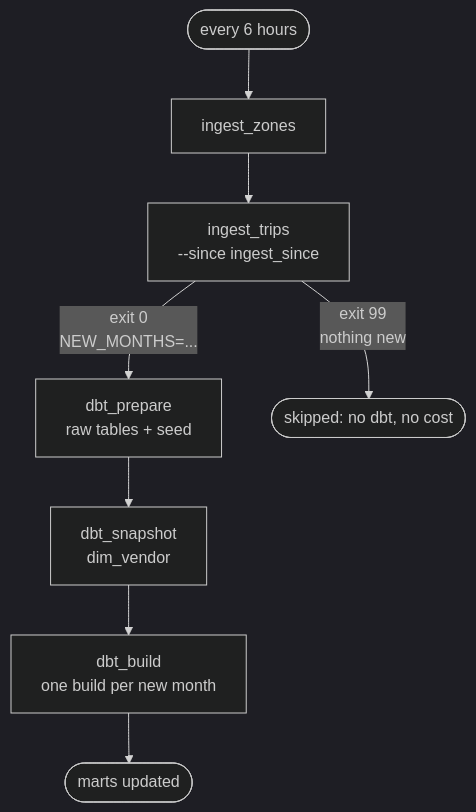
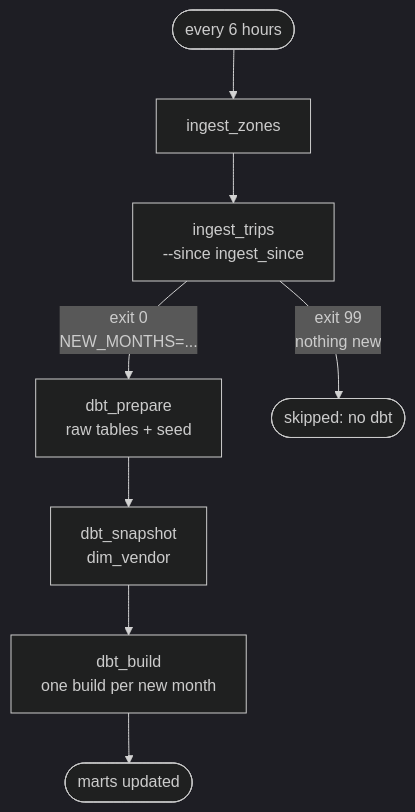
Before and after one commit to MerouaneRH/nyc-taxi-pipeline: the diagram in docs/architecture.md, drawn with Mermaid (dark theme). The commit also changed other lines of this file and 8 other files, not shown here.

````diff
--- a/docs/architecture.md
+++ b/docs/architecture.md
@@ -201,10 +127,10 @@
 ```mermaid
 flowchart TD
     CRON(["every 6 hours"]) --> Z["ingest_zones"]
     Z --> T["ingest_trips<br/>--since ingest_since"]
     T -->|"exit 0<br/>NEW_MONTHS=..."| P["dbt_prepare<br/>raw tables + seed"]
-    T -->|"exit 99<br/>nothing new"| SKIP(["skipped: no dbt, no cost"])
+    T -->|"exit 99<br/>nothing new"| SKIP(["skipped: no dbt"])
     P --> S["dbt_snapshot<br/>dim_vendor"]
     S --> B["dbt_build<br/>one build per new month"]
     B --> DONE(["marts updated"])
 ```
````
